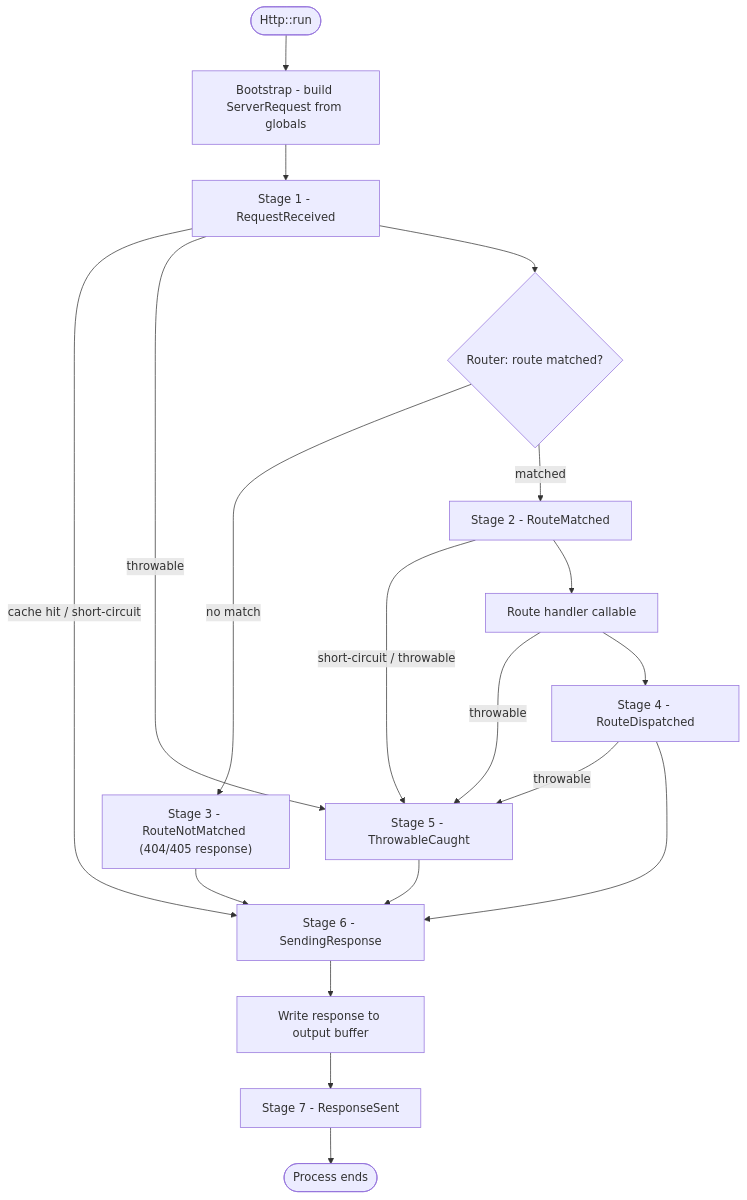
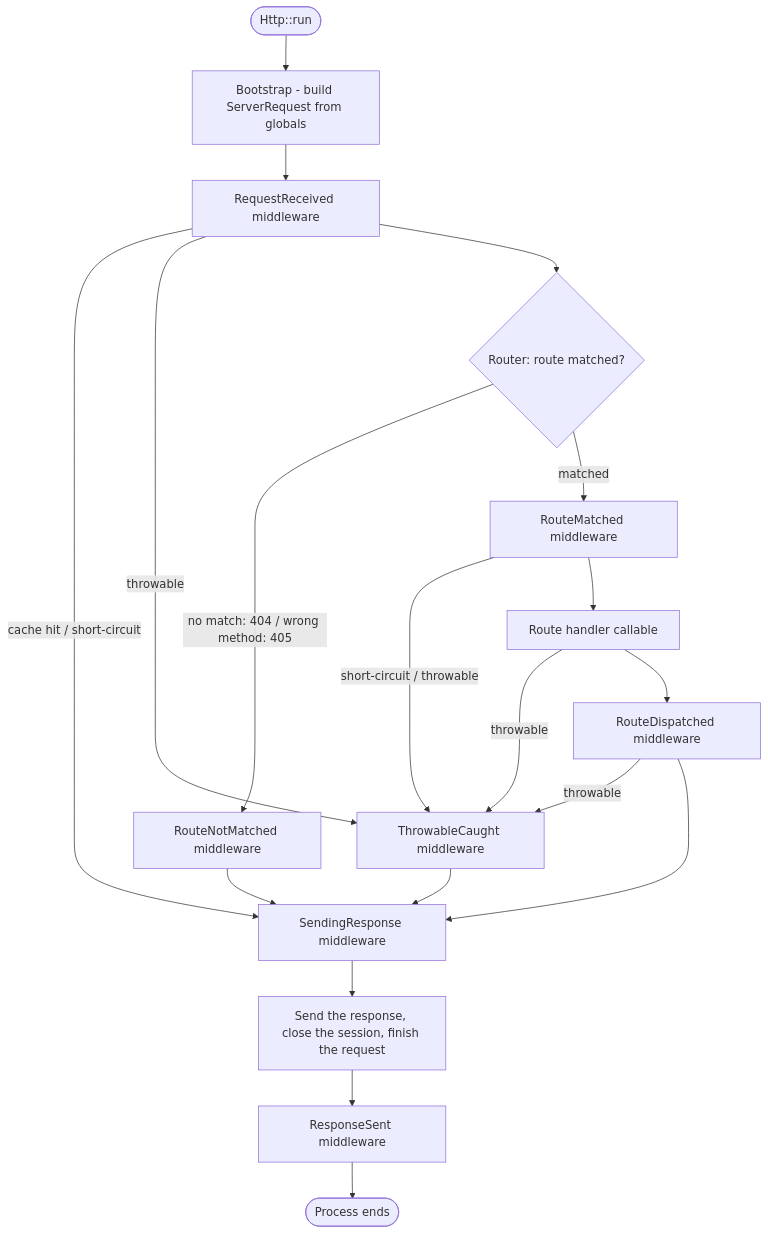
Before and after one commit to valkyrjaio/valkyrja: the diagram in src/Valkyrja/Http/README.md, drawn with Mermaid. The commit also changed other lines of this file, not shown here.

Commit message:
[Http] docs: Rewrite the README to match the code.

````diff
--- a/src/Valkyrja/Http/README.md
+++ b/src/Valkyrja/Http/README.md
@@ -882,21 +448,21 @@
 ```mermaid
 flowchart TD
     A([Http::run]) --> B[Bootstrap - build ServerRequest from globals]
-    B --> C[Stage 1 - RequestReceived]
-    C -->|"cache hit / short-circuit"| G[Stage 6 - SendingResponse]
-    C -->|throwable| J[Stage 5 - ThrowableCaught]
+    B --> C[RequestReceived middleware]
+    C -->|"cache hit / short-circuit"| G[SendingResponse middleware]
+    C -->|throwable| J[ThrowableCaught middleware]
     C --> D{"Router: route matched?"}
-    D -->|"no match"| E["Stage 3 - RouteNotMatched (404/405 response)"]
-    D -->|matched| F[Stage 2 - RouteMatched]
+    D -->|"no match: 404 / wrong method: 405"| E[RouteNotMatched middleware]
+    D -->|matched| F[RouteMatched middleware]
     E --> G
     F -->|"short-circuit / throwable"| J
     F --> H[Route handler callable]
     H -->|throwable| J
-    H[Route handler callable] --> I[Stage 4 - RouteDispatched]
+    H --> I[RouteDispatched middleware]
     I -->|throwable| J
     I --> G
     J --> G
-    G --> K[Write response to output buffer]
-    K --> L[Stage 7 - ResponseSent]
+    G --> K[Send the response, close the session, finish the request]
+    K --> L[ResponseSent middleware]
     L --> M([Process ends])
 ```
````
